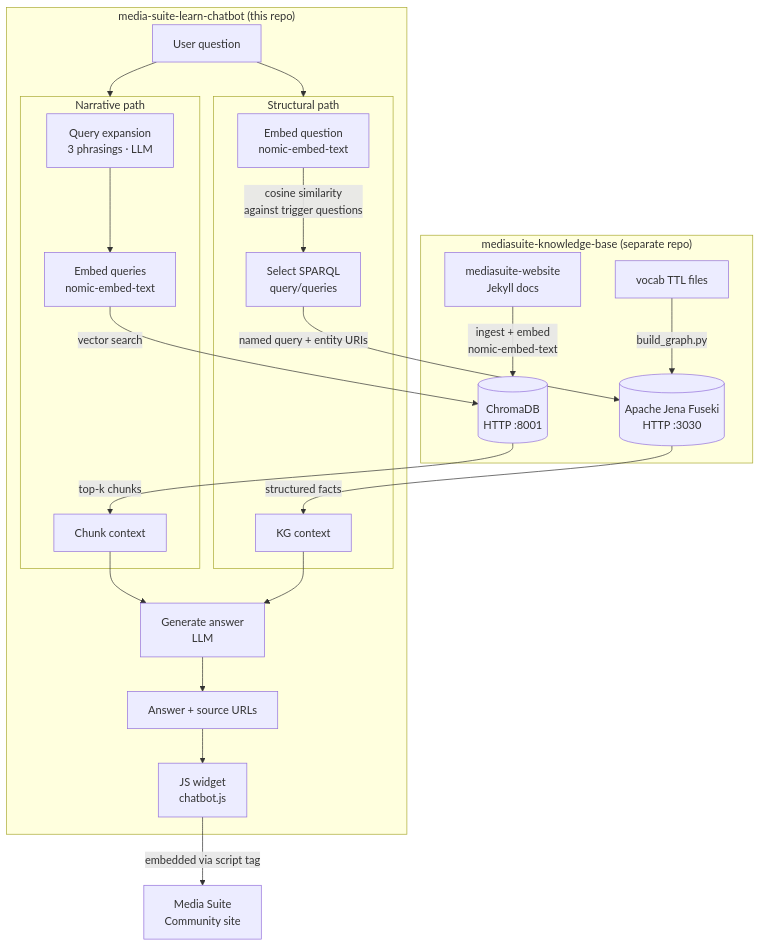
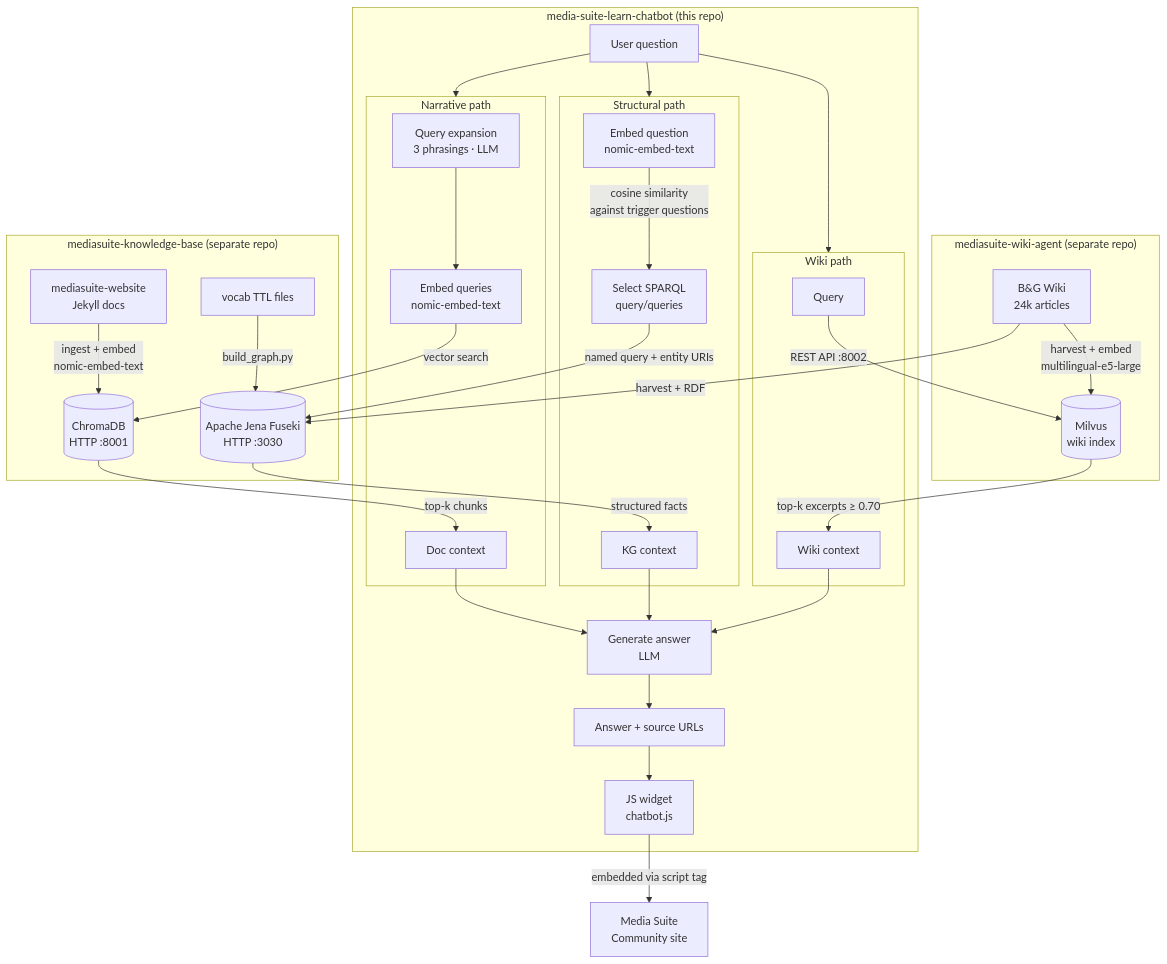
Before and after one commit to roelandordelman/media-suite-learn-chatbot: the diagram in README.md, drawn with Mermaid. The commit also changed other lines of this file, not shown here.

First line of the commit message:
Update README: three-path architecture, wiki integration, stack table

````diff
--- a/README.md
+++ b/README.md
@@ -11,29 +11,39 @@
 ```mermaid
 flowchart TD
     subgraph KB["mediasuite-knowledge-base (separate repo)"]
         A[mediasuite-website\nJekyll docs] -->|ingest + embed\nnomic-embed-text| B[(ChromaDB\nHTTP :8001)]
         A2[vocab TTL files] -->|build_graph.py| KG[(Apache Jena Fuseki\nHTTP :3030)]
     end
 
+    subgraph WA["mediasuite-wiki-agent (separate repo)"]
+        W[B&G Wiki\n24k articles] -->|harvest + embed\nmultilingual-e5-large| MV[(Milvus\nwiki index)]
+        W -->|harvest + RDF| KG
+    end
+
     subgraph Chatbot["media-suite-learn-chatbot (this repo)"]
-        D[User question] --> NP & SP
+        D[User question] --> NP & SP & WP
 
         subgraph NP["Narrative path"]
             N1[Query expansion\n3 phrasings · LLM] --> N2[Embed queries\nnomic-embed-text]
             N2 -->|vector search| B
-            B -->|top-k chunks| N3[Chunk context]
+            B -->|top-k chunks| N3[Doc context]
         end
 
         subgraph SP["Structural path"]
             S1[Embed question\nnomic-embed-text] -->|cosine similarity\nagainst trigger questions| S2[Select SPARQL\nquery/queries]
             S2 -->|named query + entity URIs| KG
             KG -->|structured facts| S3[KG context]
         end
 
-        N3 & S3 --> GEN[Generate answer\nLLM]
+        subgraph WP["Wiki path"]
+            WQ[Query] -->|REST API :8002| MV
+            MV -->|top-k excerpts ≥ 0.70| W3[Wiki context]
+        end
+
+        N3 & S3 & W3 --> GEN[Generate answer\nLLM]
         GEN --> ANS[Answer + source URLs]
-        ANS --> W[JS widget\nchatbot.js]
+        ANS --> WGT[JS widget\nchatbot.js]
     end
 
-    W -->|embedded via script tag| J[Media Suite\nCommunity site]
+    WGT -->|embedded via script tag| J[Media Suite\nCommunity site]
 ```
````
